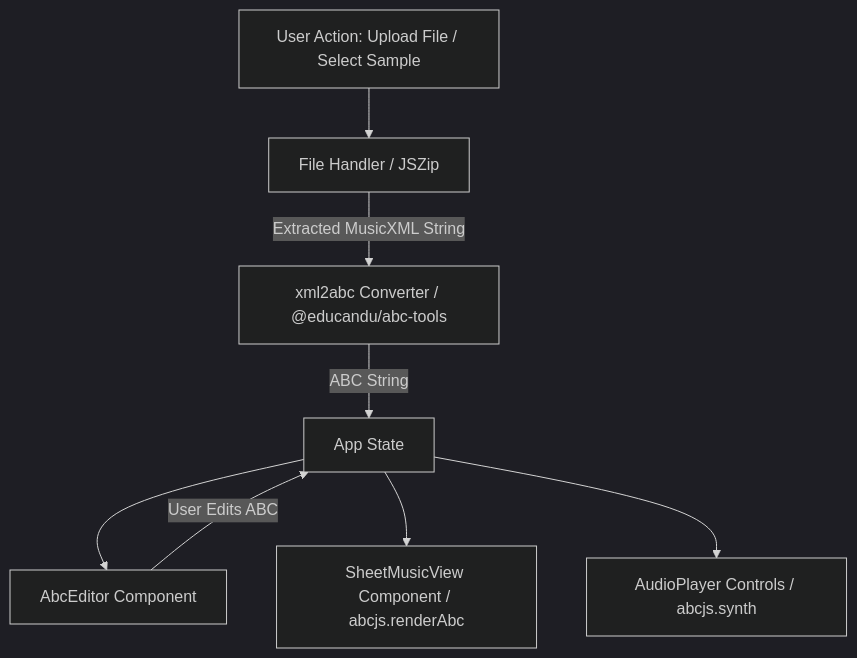
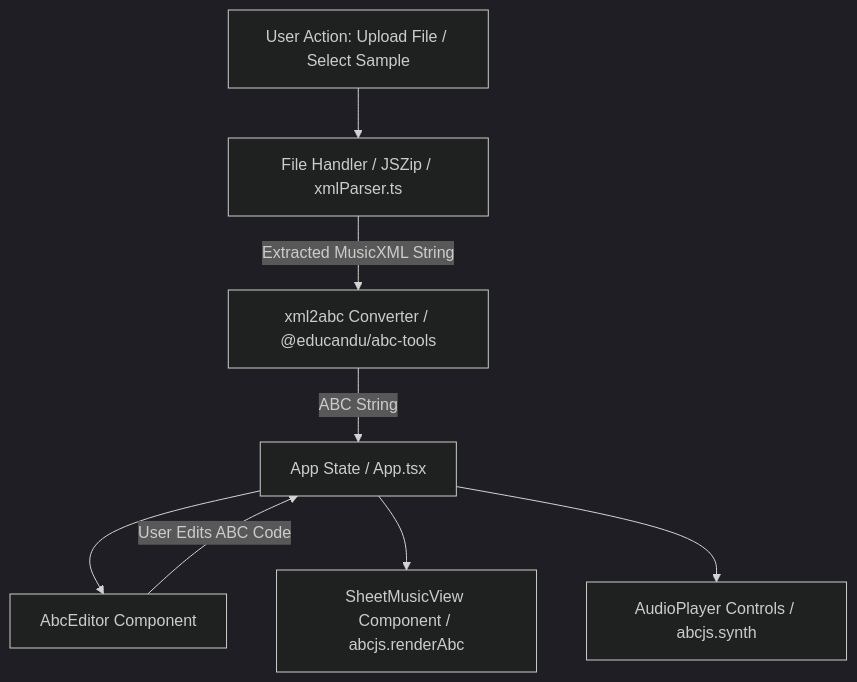
Before and after one commit to hxy9243/chorale: the diagram in spec/design.md, drawn with Mermaid (dark theme). The commit also changed other lines of this file, not shown here.

Commit message:
doc: update spec design with architectural analysis and test suite details

````diff
--- a/spec/design.md
+++ b/spec/design.md
@@ -16,10 +21,10 @@
 ```mermaid
 graph TD
-    A[User Action: Upload File / Select Sample] --> B[File Handler / JSZip]
+    A[User Action: Upload File / Select Sample] --> B[File Handler / JSZip / xmlParser.ts]
     B -->|Extracted MusicXML String| C[xml2abc Converter / @educandu/abc-tools]
-    C -->|ABC String| D[App State]
+    C -->|ABC String| D[App State / App.tsx]
     D --> E[AbcEditor Component]
     D --> F[SheetMusicView Component / abcjs.renderAbc]
     D --> G[AudioPlayer Controls / abcjs.synth]
-    E -->|User Edits ABC| D
+    E -->|User Edits ABC Code| D
 ```
````
